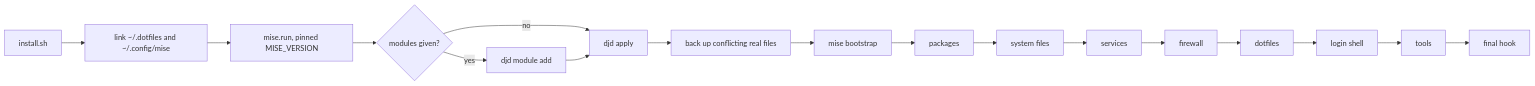
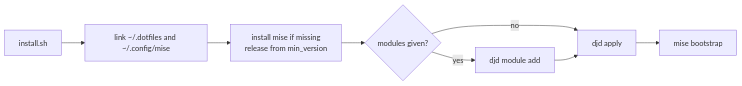
One commit to dayjobdoor/dotfiles changed the first of 2 diagrams in docs/architecture.md. Above: the diagram before and after it, drawn with Mermaid. The commit also changed other lines of this file and 35 other files, not shown here.

First line of the commit message:
Review round: bug fixes, pinned zsh plugins, one-home mise pin, offline lock, hardened workflows, docs

````diff
--- a/docs/architecture.md
+++ b/docs/architecture.md
@@ -32,12 +32,10 @@
 ```mermaid
 flowchart LR
     A[install.sh] --> B[link ~/.dotfiles and ~/.config/mise]
-    B --> C[mise.run, pinned MISE_VERSION]
+    B --> C[install mise if missing<br>release from min_version]
     C --> D{modules given?}
     D -- yes --> E[djd module add]
     D -- no --> F[djd apply]
     E --> F
-    F --> G[back up conflicting real files]
-    G --> H[mise bootstrap]
-    H --> P[packages] --> FI[system files] --> SV[services] --> FW[firewall] --> DF[dotfiles] --> U[login shell] --> T[tools] --> HK[final hook]
+    F --> H[mise bootstrap]
 ```
````
